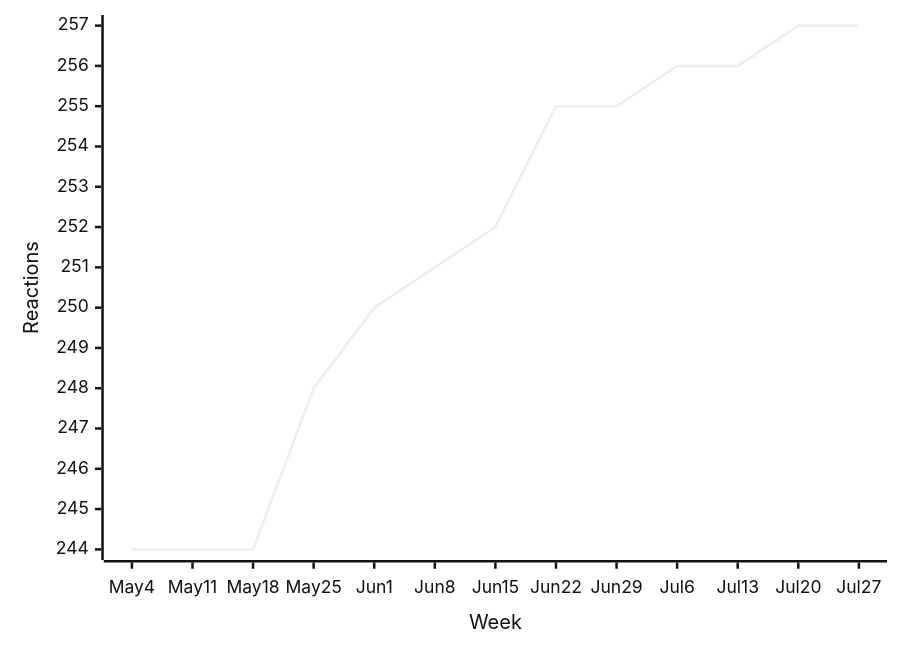
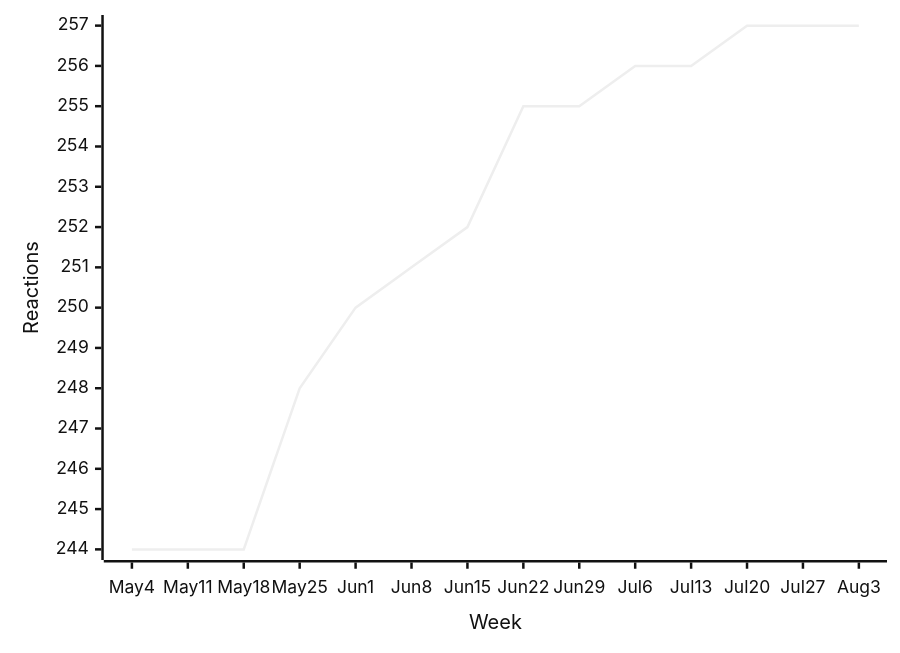
Diagram 14 of 44 in README.md (loic-sharma/github-insights), drawn with Mermaid (neutral theme) before and after one commit. The commit also changed other lines of this file and 3 other files, not shown here.

````diff
--- a/README.md
+++ b/README.md
@@ -560,6 +560,6 @@
   ```mermaid
   xychart-beta
-    x-axis "Week" [May 4, May 11, May 18, May 25, Jun 1, Jun 8, Jun 15, Jun 22, Jun 29, Jul 6, Jul 13, Jul 20, Jul 27]
+    x-axis "Week" [May 4, May 11, May 18, May 25, Jun 1, Jun 8, Jun 15, Jun 22, Jun 29, Jul 6, Jul 13, Jul 20, Jul 27, Aug 3]
     y-axis "Reactions"
-    line [244, 244, 244, 248, 250, 251, 252, 255, 255, 256, 256, 257, 257]
+    line [244, 244, 244, 248, 250, 251, 252, 255, 255, 256, 256, 257, 257, 257]
   ```
````
